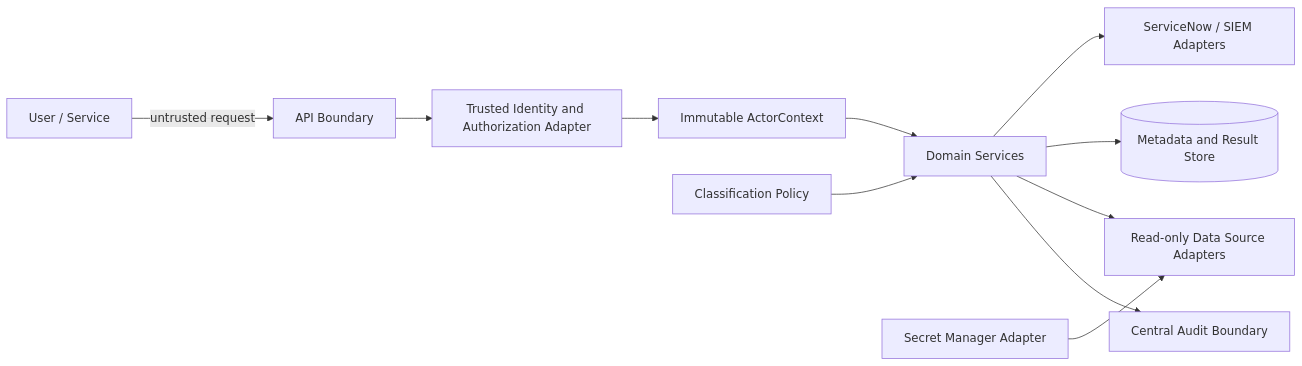
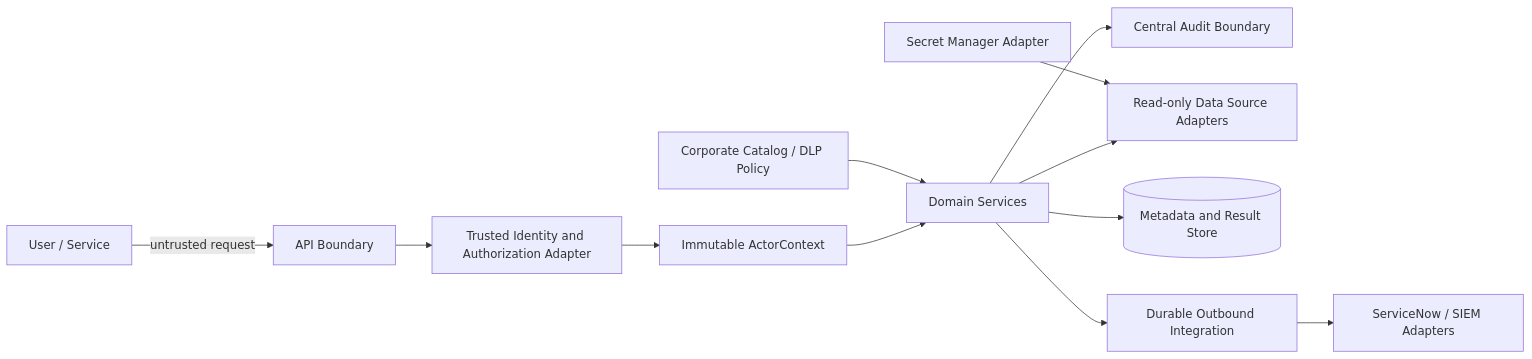
Before and after one commit to yusufipek2049/veri-kalitesi-sistemi: the diagram in 02-Mimari/Guvenlik/Guven-Sinirlari-ve-Veri-Akislari.md, drawn with Mermaid. The commit also changed other lines of this file and 56 other files, not shown here.

````diff
--- a/02-Mimari/Guvenlik/Guven-Sinirlari-ve-Veri-Akislari.md
+++ b/02-Mimari/Guvenlik/Guven-Sinirlari-ve-Veri-Akislari.md
@@ -24,13 +24,14 @@
 ```mermaid
 flowchart LR
     U[User / Service] -->|untrusted request| API[API Boundary]
     API --> AUTH[Trusted Identity and Authorization Adapter]
     AUTH --> CTX[Immutable ActorContext]
     CTX --> DOM[Domain Services]
     DOM --> AUD[Central Audit Boundary]
     DOM --> DS[Read-only Data Source Adapters]
     DOM --> META[(Metadata and Result Store)]
-    DOM --> EXT[ServiceNow / SIEM Adapters]
-    CLASS[Classification Policy] --> DOM
+    DOM --> OUT[Durable Outbound Integration]
+    OUT --> EXT[ServiceNow / SIEM Adapters]
+    CLASS[Corporate Catalog / DLP Policy] --> DOM
     SECRET[Secret Manager Adapter] --> DS
 ```
````
